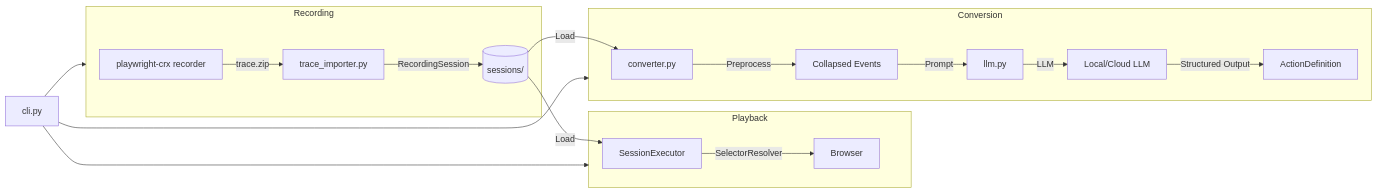
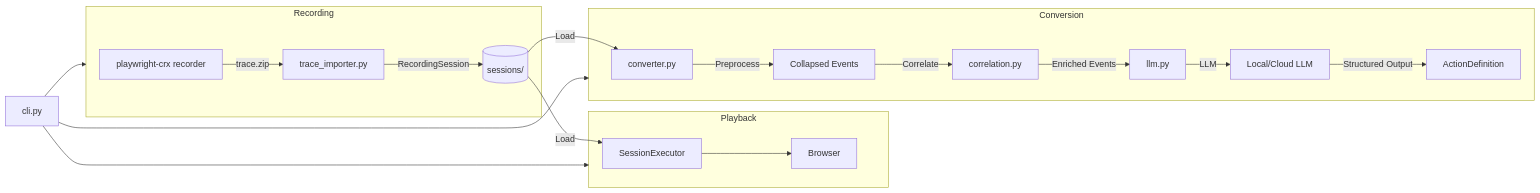
The diagram in ARCHITECTURE.md (nat-bishop/browser-recorder), drawn with Mermaid before and after one commit. The commit also changed other lines of this file and 10 other files, not shown here.

First line of the commit message:
feat: add network request correlation for LLM conversion

````diff
--- a/ARCHITECTURE.md
+++ b/ARCHITECTURE.md
@@ -7,24 +7,25 @@
 ```mermaid
 flowchart LR
     subgraph Recording
         R[playwright-crx recorder] -->|trace.zip| I[trace_importer.py]
         I -->|RecordingSession| S[(sessions/)]
     end
 
     subgraph Playback
         S -->|Load| SE[SessionExecutor]
-        SE -->|SelectorResolver| B[Browser]
+        SE --> B[Browser]
     end
 
     subgraph Conversion
         S -->|Load| C[converter.py]
         C -->|Preprocess| PP[Collapsed Events]
-        PP -->|Prompt| L[llm.py]
+        PP -->|Correlate| CR[correlation.py]
+        CR -->|Enriched Events| L[llm.py]
         L -->|LLM| O[Local/Cloud LLM]
         O -->|Structured Output| AD[ActionDefinition]
     end
 
     CLI[cli.py] --> Recording
     CLI --> Playback
     CLI --> Conversion
 ```
````
